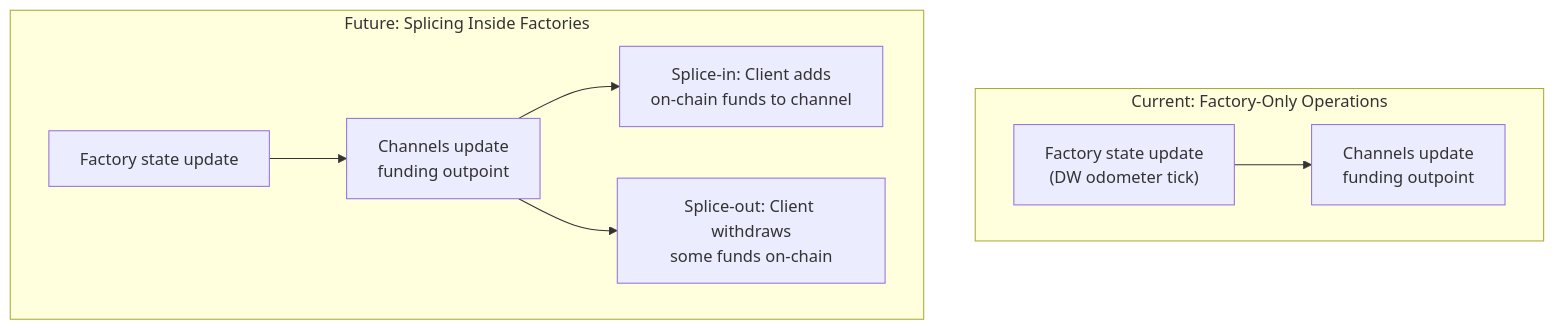
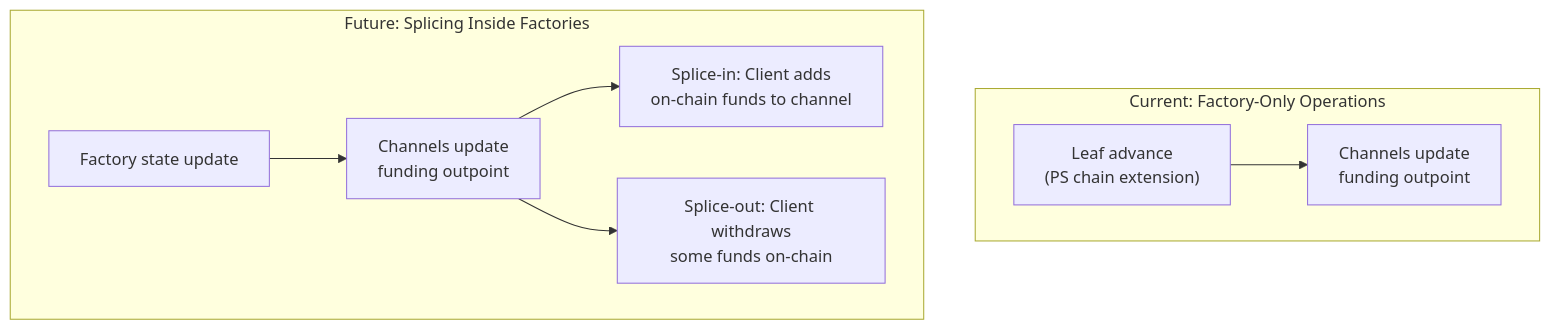
The first of 2 diagrams in extensions/splicing-integration.md (8144225309/superscalar-docs), drawn with Mermaid before and after one commit. The commit also changed other lines of this file and 28 other files, not shown here.

First line of the commit message:
docs: full overhaul — accuracy + PS-leaf diagrams + drift fixes + operational-security (#27)

````diff
--- a/extensions/splicing-integration.md
+++ b/extensions/splicing-integration.md
@@ -19,13 +19,13 @@
 ```mermaid
 graph TD
     subgraph "Current: Factory-Only Operations"
-        F1["Factory state update<br/>(DW odometer tick)"]
+        F1["Leaf advance<br/>(PS chain extension)"]
         F1 --> U["Channels update<br/>funding outpoint"]
     end
 
     subgraph "Future: Splicing Inside Factories"
         F2["Factory state update"] --> U2["Channels update<br/>funding outpoint"]
         U2 --> SP["Splice-in: Client adds<br/>on-chain funds to channel"]
         U2 --> SO["Splice-out: Client withdraws<br/>some funds on-chain"]
     end
 ```
````
